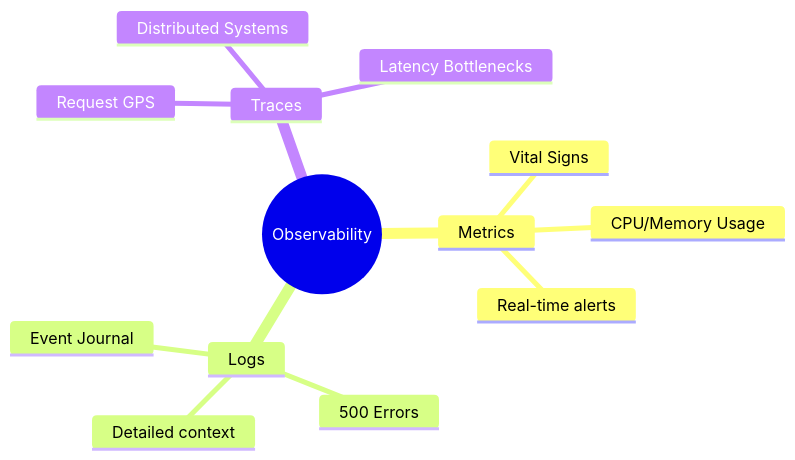
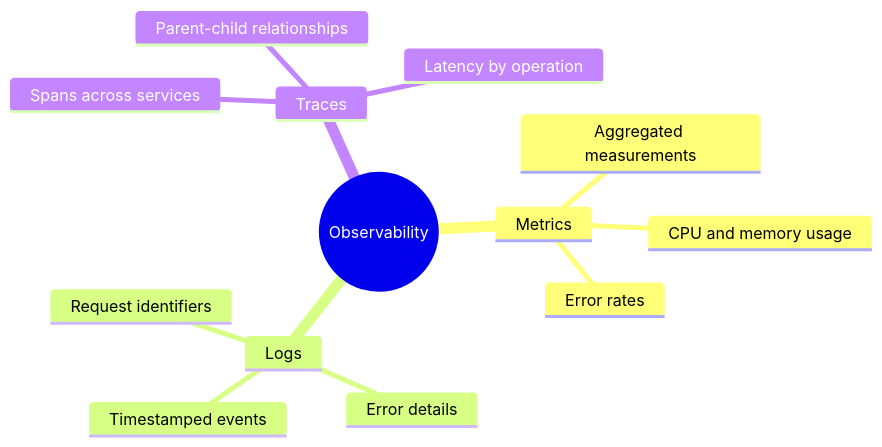
Before and after one commit to dyotamo/blog: the first of 2 diagrams in content/articles/observability-systems/index.md, drawn with Mermaid. The commit also changed other lines of this file and 26 other files, not shown here.

````diff
--- a/content/articles/observability-systems/index.md
+++ b/content/articles/observability-systems/index.md
@@ -19,16 +19,16 @@
 ```mermaid
 mindmap
   root((Observability))
     Metrics
-      Vital Signs
-      CPU/Memory Usage
-      Real-time alerts
+      Aggregated measurements
+      CPU and memory usage
+      Error rates
     Logs
-      Event Journal
-      500 Errors
-      Detailed context
+      Timestamped events
+      Error details
+      Request identifiers
     Traces
-      Request GPS
-      Distributed Systems
-      Latency Bottlenecks
+      Spans across services
+      Parent-child relationships
+      Latency by operation
 ```
````
